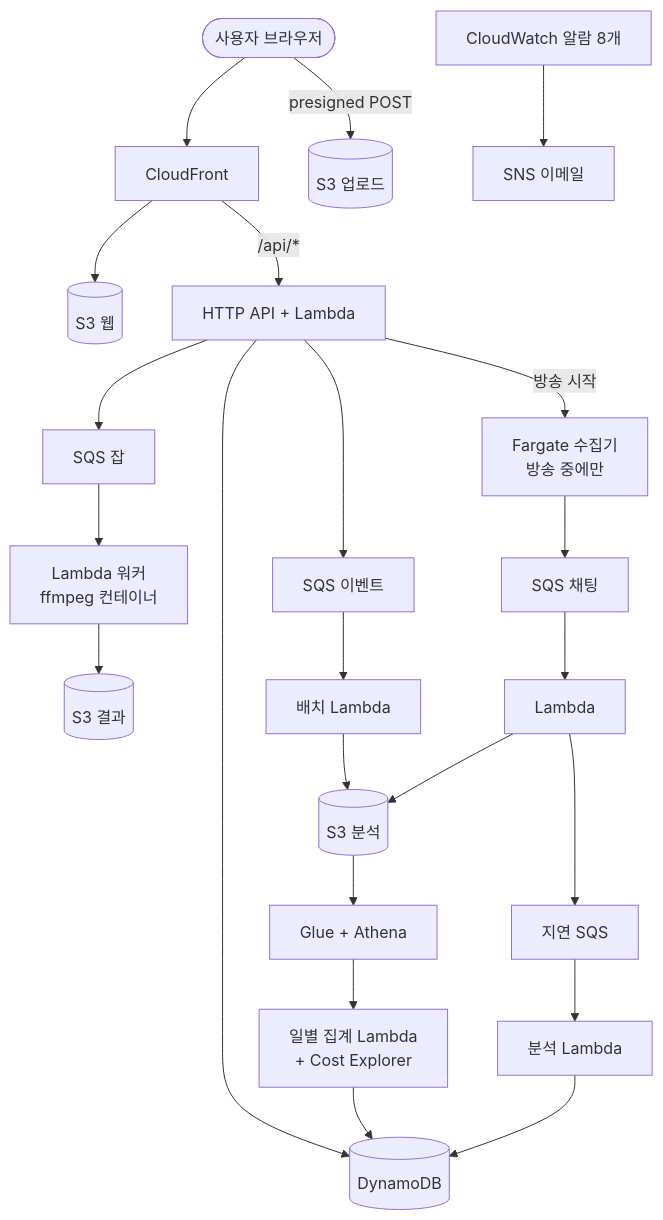
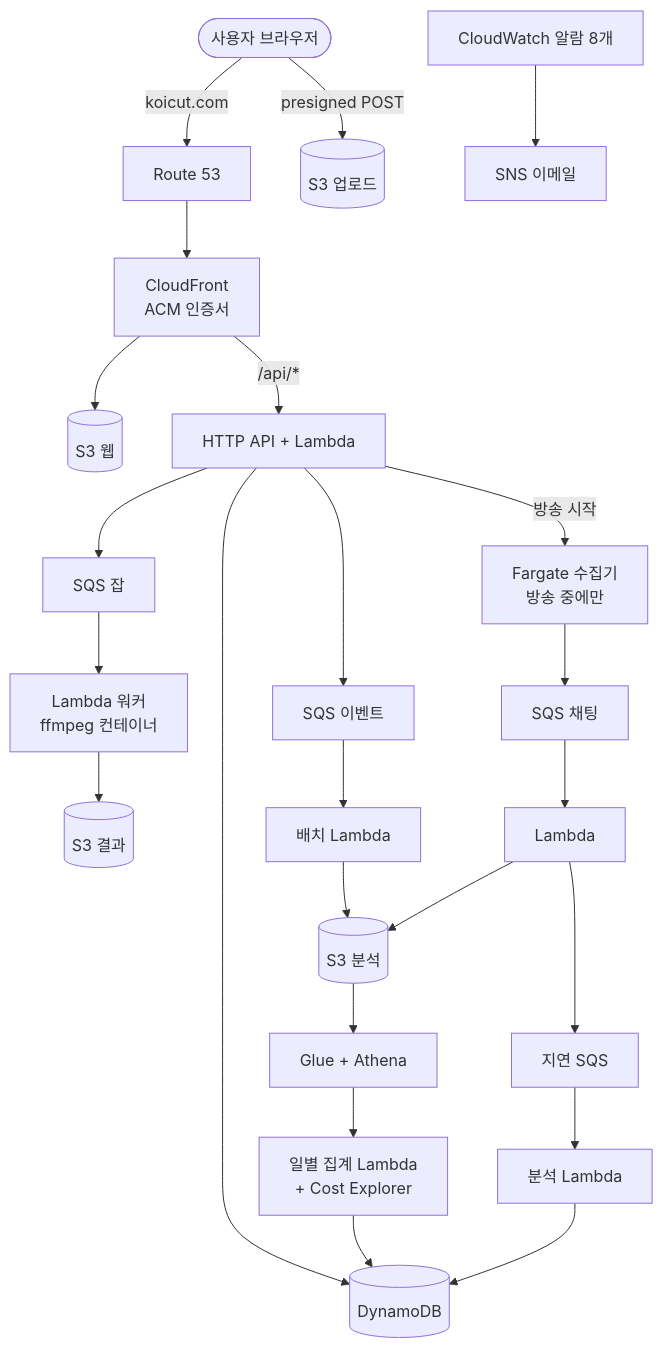
Before and after one commit to Altlog214608/fitcut: the diagram in README.md, drawn with Mermaid. The commit also changed other lines of this file and 6 other files, not shown here.

````diff
--- a/README.md
+++ b/README.md
@@ -45,15 +49,15 @@
 ```mermaid
 flowchart TB
-  user([사용자 브라우저]) --> cf[CloudFront]
+  user([사용자 브라우저]) -- koicut.com --> r53[Route 53] --> cf[CloudFront<br/>ACM 인증서]
   cf --> web[(S3 웹)]
   cf -- /api/* --> api[HTTP API + Lambda]
   api --> ddb[(DynamoDB)]
   user -- presigned POST --> up[(S3 업로드)]
   api --> q[SQS 잡] --> worker[Lambda 워커<br/>ffmpeg 컨테이너] --> out[(S3 결과)]
   api --> eq[SQS 이벤트] --> batch[배치 Lambda] --> lake[(S3 분석)]
   lake --> athena[Glue + Athena] --> agg[일별 집계 Lambda<br/>+ Cost Explorer]
   agg --> ddb
   api -- 방송 시작 --> col[Fargate 수집기<br/>방송 중에만] --> cq[SQS 채팅] --> sink[Lambda] --> lake
   sink --> aq[지연 SQS] --> ana[분석 Lambda] --> ddb
   cw[CloudWatch 알람 8개] --> sns[SNS 이메일]
 ```
````
